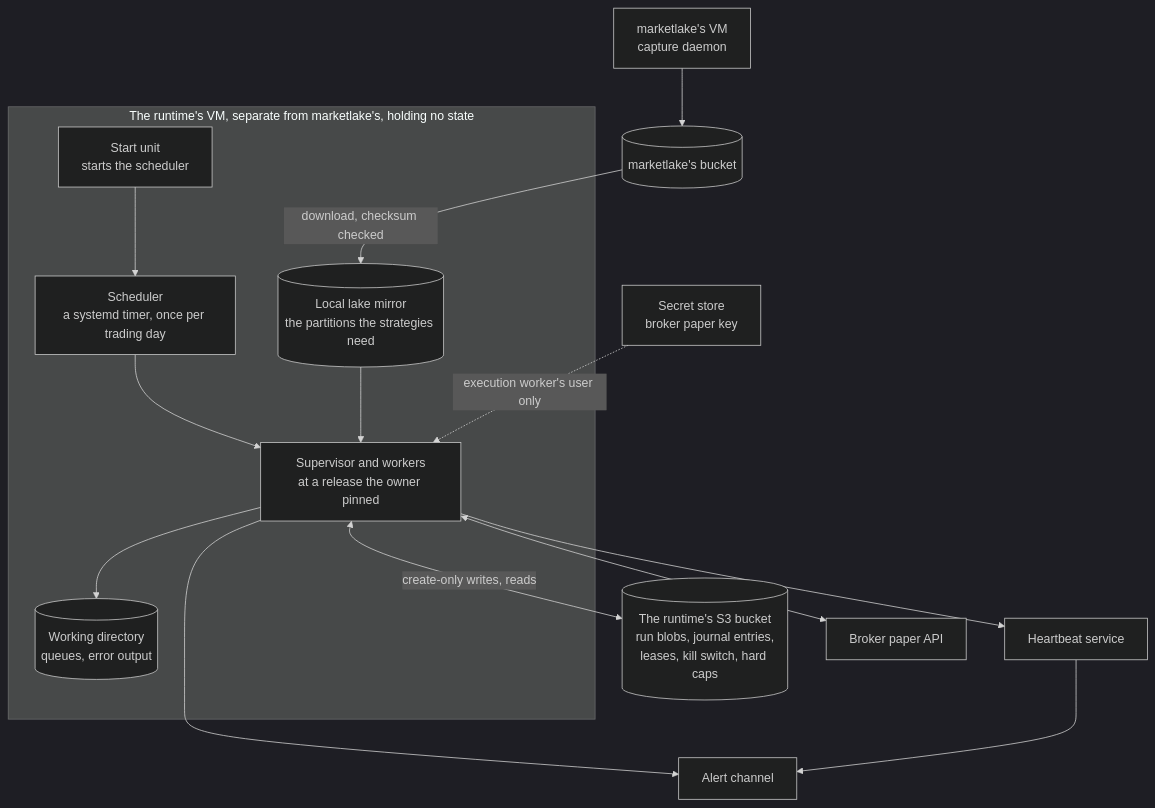
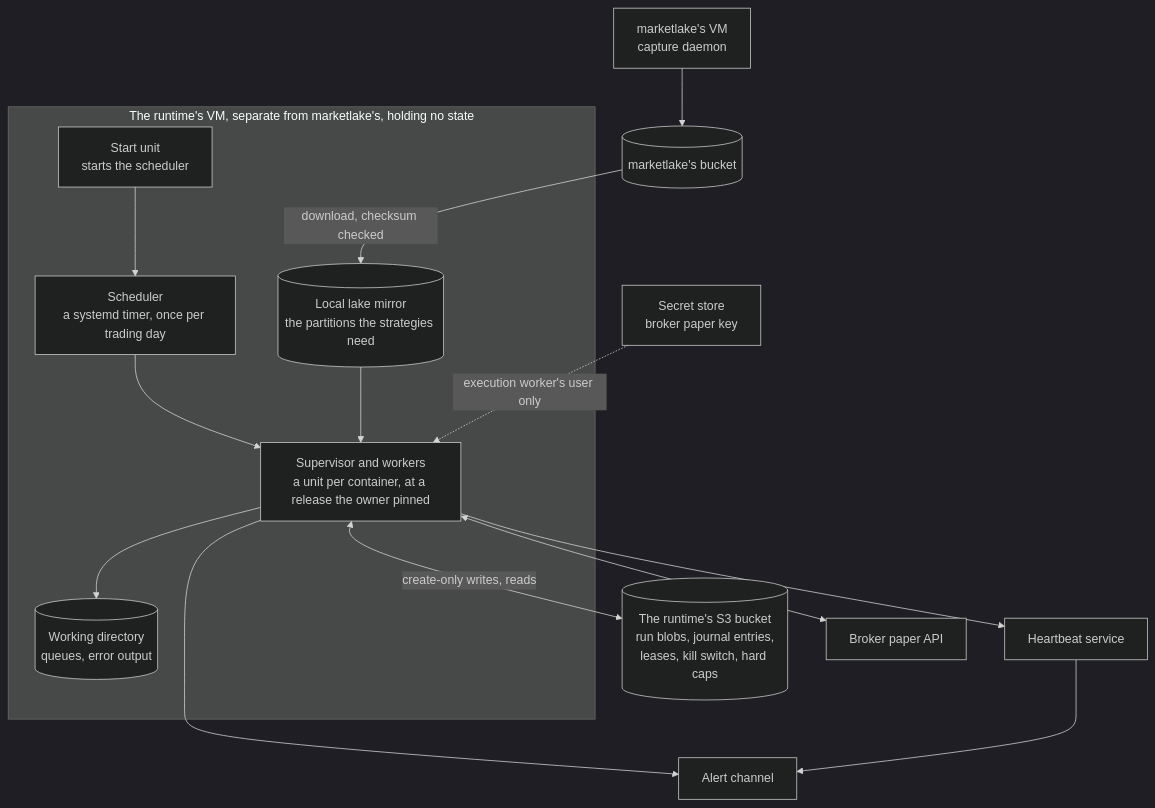
One commit to l3a0/ithildin-runtime changed diagram 15 of 16 in docs/architecture.md. Above: the diagram before and after it, drawn with Mermaid (dark theme). The commit also changed other lines of this file and 1 other file, not shown here.

First line of the commit message:
docs(design): fix the review of the message-driven supervisor and the operator tool

````diff
--- a/docs/architecture.md
+++ b/docs/architecture.md
@@ -1655,29 +1682,29 @@
 ```mermaid
 flowchart TB
     subgraph host["The runtime's VM, separate from marketlake's, holding no state"]
         start["Start unit<br/>starts the scheduler"]
         timer["Scheduler<br/>a systemd timer, once per trading day"]
-        run["Supervisor and workers<br/>at a release the owner pinned"]
+        run["Supervisor and workers<br/>a unit per container, at a release the owner pinned"]
         work[("Working directory<br/>queues, error output")]
         mirror[("Local lake mirror<br/>the partitions the strategies need")]
         start --> timer --> run
         run --> work
         mirror --> run
     end
     mlvm["marketlake's VM<br/>capture daemon"]
     lake[("marketlake's bucket")]
     bucket[("The runtime's S3 bucket<br/>run blobs, journal entries,<br/>leases, kill switch, hard caps")]
     secrets["Secret store<br/>broker paper key"]
     broker["Broker paper API"]
     beat["Heartbeat service"]
     alerts["Alert channel"]
 
     mlvm --> lake
     lake -->|"download, checksum checked"| mirror
     run <-->|"create-only writes, reads"| bucket
     secrets -. "execution worker's user only" .-> run
     run <--> broker
     run --> beat
     run --> alerts
     beat --> alerts
 ```
````
